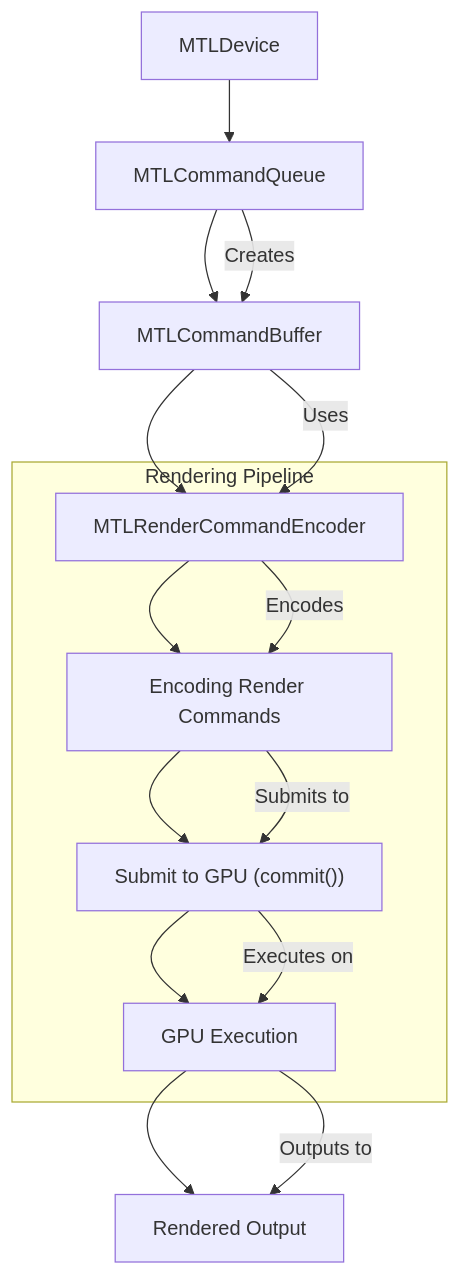
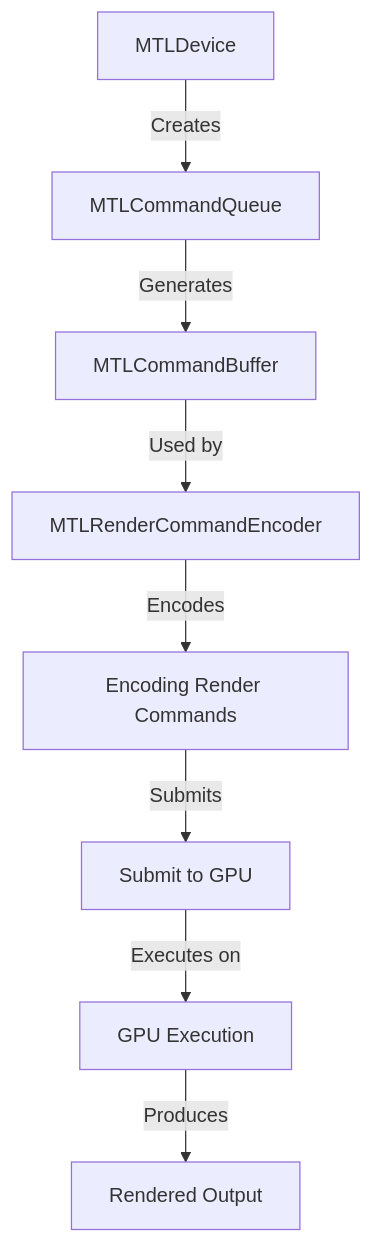
One commit to CongLeSolutionX/Apple-Frameworks-in-Mermaid-Diagrams changed the first of 4 diagrams in Complexed-processes-in-Mermaid-diagrams/MTLCommandQueue_IntegrationWithMetalRenderingPipeline.md. Above: the diagram before and after it, drawn with Mermaid. The commit also changed other lines of this file, not shown here.

````diff
--- a/Complexed-processes-in-Mermaid-diagrams/MTLCommandQueue_IntegrationWithMetalRenderingPipeline.md
+++ b/Complexed-processes-in-Mermaid-diagrams/MTLCommandQueue_IntegrationWithMetalRenderingPipeline.md
@@ -688,25 +18,11 @@
 ```mermaid
 flowchart TD
-    A[MTLDevice] --> B[MTLCommandQueue]
-    B --> C[MTLCommandBuffer]
-    C --> D[MTLRenderCommandEncoder]
-    D --> E[Encoding Render Commands]
-    E --> F["Submit to GPU (commit())"]
-    F --> G[GPU Execution]
-    G --> H[Rendered Output]
+    A[MTLDevice] -->|Creates| B[MTLCommandQueue]
+    B -->|Generates| C[MTLCommandBuffer]
+    C -->|Used by| D[MTLRenderCommandEncoder]
+    D -->|Encodes| E[Encoding Render Commands]
+    E -->|Submits| F[Submit to GPU]
+    F -->|Executes on| G[GPU Execution]
+    G -->|Produces| H[Rendered Output]
 
-    B --> |Creates| C
-    C --> |Uses| D
-    D --> |Encodes| E
-    E --> |Submits to| F
-    F --> |Executes on | G
-    G --> |Outputs to| H
-
-    subgraph Rendering Pipeline 
-        D[MTLRenderCommandEncoder]
-        E[Encoding Render Commands] 
-        F["Submit to GPU (commit())"]
-        G[GPU Execution] 
-    end
-    
 ```
````
